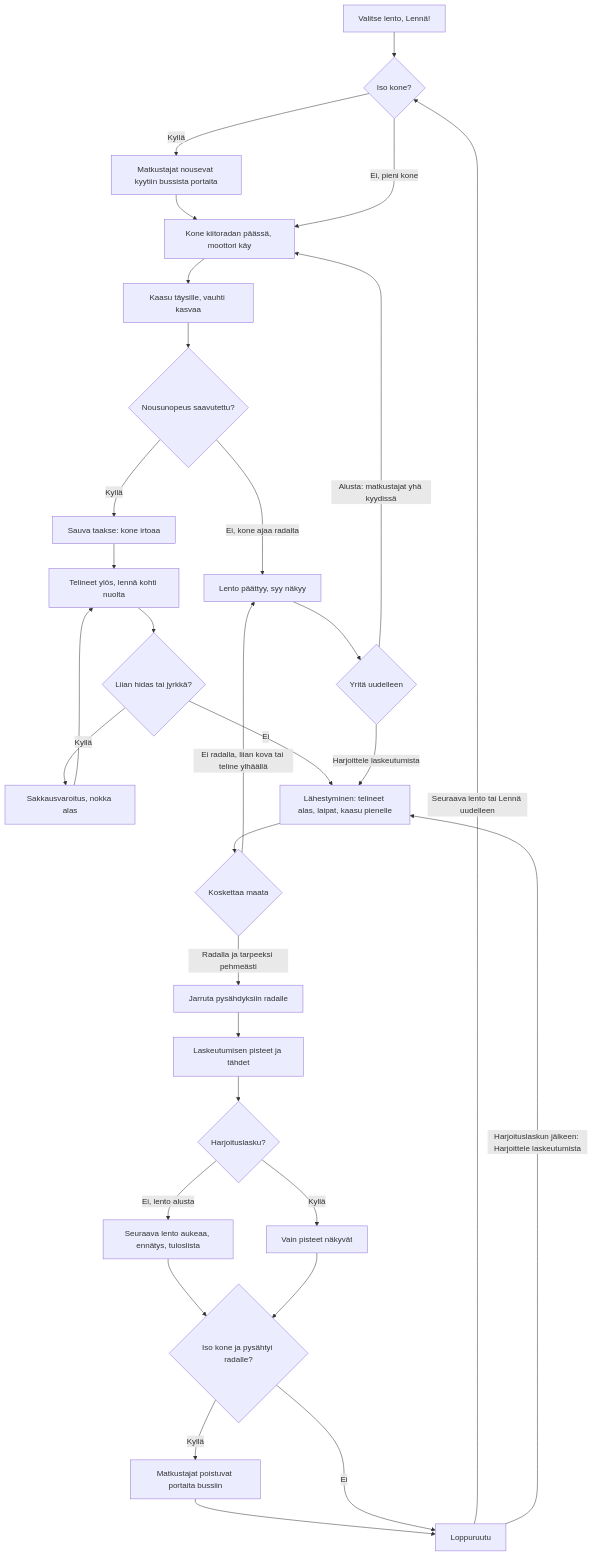
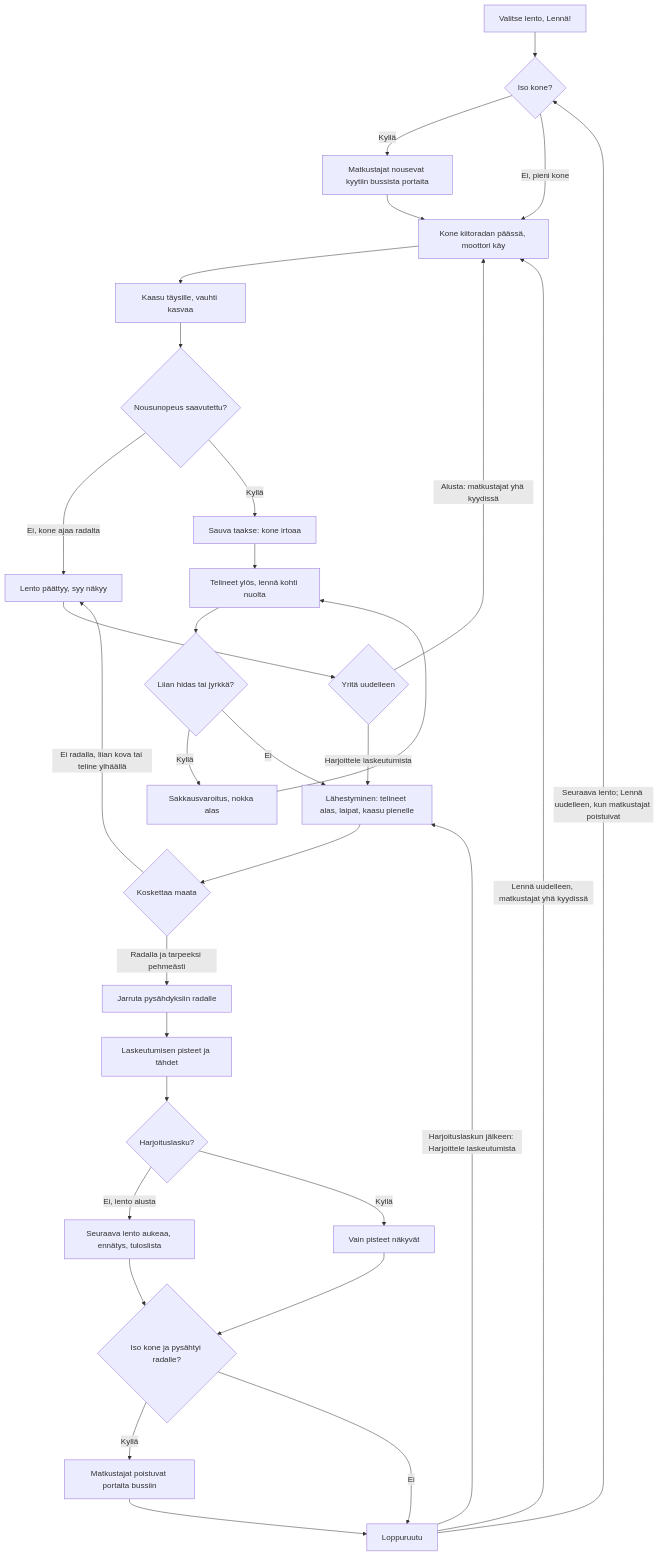
The diagram in docs/diagrams/lentokone.md (eerovil/ai-pelit), drawn with Mermaid before and after one commit. The commit also changed other lines of this file and 2 other files, not shown here.

Commit message:
Lentokone v2: track whether the passengers are aboard; a retry flies the plane just flown; the view looks ahead after the passengers (#547)

````diff
--- a/docs/diagrams/lentokone.md
+++ b/docs/diagrams/lentokone.md
@@ -9,37 +9,38 @@
 ```mermaid
 flowchart TD
   A[Valitse lento, Lennä!] --> Q{Iso kone?}
   Q -- Kyllä --> R[Matkustajat nousevat kyytiin bussista portaita]
   R --> B[Kone kiitoradan päässä, moottori käy]
   Q -- Ei, pieni kone --> B
   B --> C[Kaasu täysille, vauhti kasvaa]
   C --> D{Nousunopeus saavutettu?}
   D -- Ei, kone ajaa radalta --> X[Lento päättyy, syy näkyy]
   D -- Kyllä --> E[Sauva taakse: kone irtoaa]
   E --> F[Telineet ylös, lennä kohti nuolta]
   F --> G{Liian hidas tai jyrkkä?}
   G -- Kyllä --> H[Sakkausvaroitus, nokka alas]
   H --> F
   G -- Ei --> I[Lähestyminen: telineet alas, laipat, kaasu pienelle]
   I --> J{Koskettaa maata}
   J -- Ei radalla, liian kova tai teline ylhäällä --> X
   J -- Radalla ja tarpeeksi pehmeästi --> K[Jarruta pysähdyksiin radalle]
   K --> L[Laskeutumisen pisteet ja tähdet]
   L --> O{Harjoituslasku?}
   O -- Ei, lento alusta --> M[Seuraava lento aukeaa, ennätys, tuloslista]
   O -- Kyllä --> P[Vain pisteet näkyvät]
   M --> S{Iso kone ja pysähtyi radalle?}
   P --> S
   S -- Kyllä --> T[Matkustajat poistuvat portaita bussiin]
   T --> V[Loppuruutu]
   S -- Ei --> V
-  V -- Seuraava lento tai Lennä uudelleen --> Q
+  V -- Seuraava lento; Lennä uudelleen, kun matkustajat poistuivat --> Q
+  V -- Lennä uudelleen, matkustajat yhä kyydissä --> B
   V -- Harjoituslaskun jälkeen: Harjoittele laskeutumista --> I
   X --> N{Yritä uudelleen}
   N -- Alusta: matkustajat yhä kyydissä --> B
   N -- Harjoittele laskeutumista --> I
   class A,B,C,E,F,I,K,R,T,V blue
   class D,G,J,N,O,Q,S amber
   class H,X rose
   class L,M,P green
 ```
````
